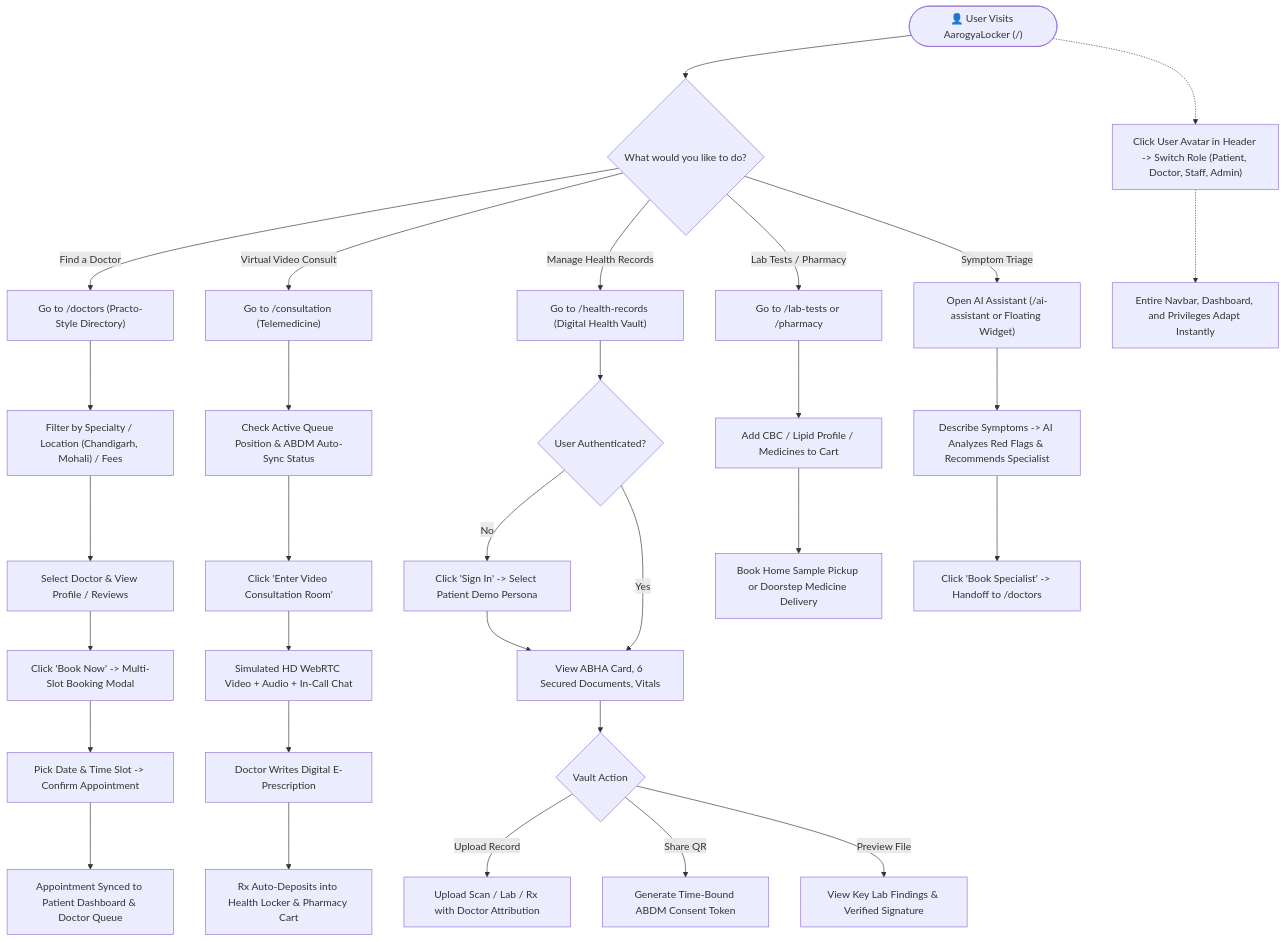
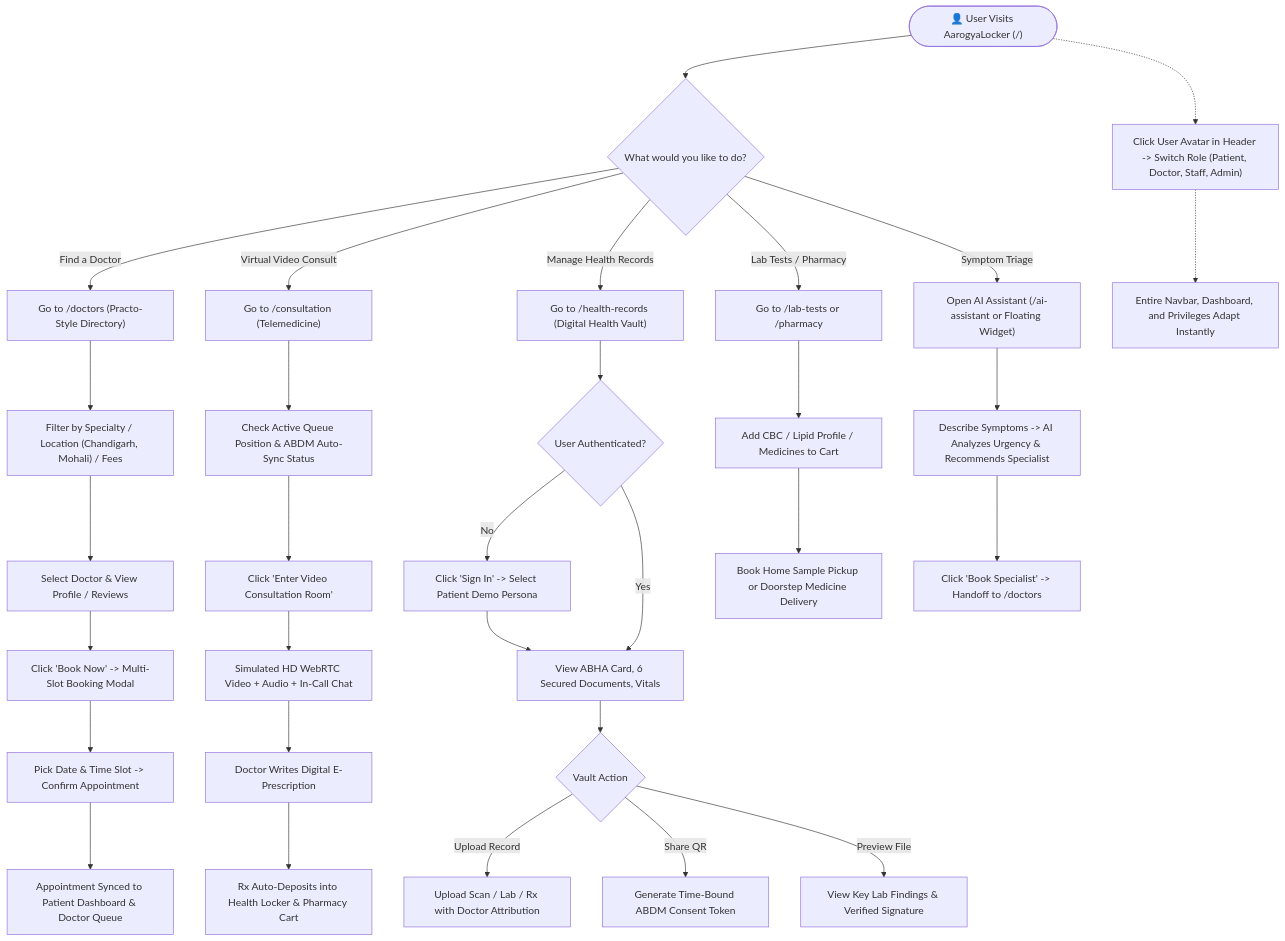
The first of 6 diagrams in README.md (JD-codestar/AarogyaLocker), drawn with Mermaid before and after one commit. The commit also changed other lines of this file and 2 other files, not shown here.

````diff
--- a/README.md
+++ b/README.md
@@ -78,45 +81,45 @@
 ```mermaid
 flowchart TD
     User(["👤 User Visits AarogyaLocker (/)"]) --> HomeDecision{"What would you like to do?"}
 
     %% Pathway A: Doctor Search & Booking
     HomeDecision -- "Find a Doctor" --> NavDoctors["Go to /doctors (Practo-Style Directory)"]
     NavDoctors --> FilterDoctors["Filter by Specialty / Location (Chandigarh, Mohali) / Fees"]
     FilterDoctors --> SelectDoctor["Select Doctor & View Profile / Reviews"]
     SelectDoctor --> OpenBooking["Click 'Book Now' -> Multi-Slot Booking Modal"]
     OpenBooking --> ConfirmSlot["Pick Date & Time Slot -> Confirm Appointment"]
     ConfirmSlot --> SyncDashboard["Appointment Synced to Patient Dashboard & Doctor Queue"]
 
     %% Pathway B: Teleconsultation
     HomeDecision -- "Virtual Video Consult" --> NavConsult["Go to /consultation (Telemedicine)"]
     NavConsult --> ViewQueue["Check Active Queue Position & ABDM Auto-Sync Status"]
     ViewQueue --> JoinRoom["Click 'Enter Video Consultation Room'"]
     JoinRoom --> VideoSession["Simulated HD WebRTC Video + Audio + In-Call Chat"]
     VideoSession --> DocPrescribes["Doctor Writes Digital E-Prescription"]
     DocPrescribes --> LockerSync["Rx Auto-Deposits into Health Locker & Pharmacy Cart"]
 
     %% Pathway C: Health Records
     HomeDecision -- "Manage Health Records" --> NavLocker["Go to /health-records (Digital Health Vault)"]
     NavLocker --> CheckAuth{"User Authenticated?"}
     CheckAuth -- "No" --> OpenSignIn["Click 'Sign In' -> Select Patient Demo Persona"]
     CheckAuth -- "Yes" --> ViewLocker["View ABHA Card, 6 Secured Documents, Vitals"]
     OpenSignIn --> ViewLocker
     ViewLocker --> LockerActions{"Vault Action"}
     LockerActions -- "Upload Record" --> UploadForm["Upload Scan / Lab / Rx with Doctor Attribution"]
     LockerActions -- "Share QR" --> QRModal["Generate Time-Bound ABDM Consent Token"]
     LockerActions -- "Preview File" --> PDFViewer["View Key Lab Findings & Verified Signature"]
 
     %% Pathway D: Diagnostics & Pharmacy
     HomeDecision -- "Lab Tests / Pharmacy" --> NavShop["Go to /lab-tests or /pharmacy"]
     NavShop --> CartAction["Add CBC / Lipid Profile / Medicines to Cart"]
     CartAction --> Checkout["Book Home Sample Pickup or Doorstep Medicine Delivery"]
 
     %% Pathway E: AI Health Assistant
     HomeDecision -- "Symptom Triage" --> NavAI["Open AI Assistant (/ai-assistant or Floating Widget)"]
-    NavAI --> ChatAI["Describe Symptoms -> AI Analyzes Red Flags & Recommends Specialist"]
+    NavAI --> ChatAI["Describe Symptoms -> AI Analyzes Urgency & Recommends Specialist"]
     ChatAI --> 1ClickBook["Click 'Book Specialist' -> Handoff to /doctors"]
 
     %% Persona Switcher
     User -.-> SwitchPersona["Click User Avatar in Header -> Switch Role (Patient, Doctor, Staff, Admin)"]
     SwitchPersona -.-> AdaptUI["Entire Navbar, Dashboard, and Privileges Adapt Instantly"]
 ```
````
